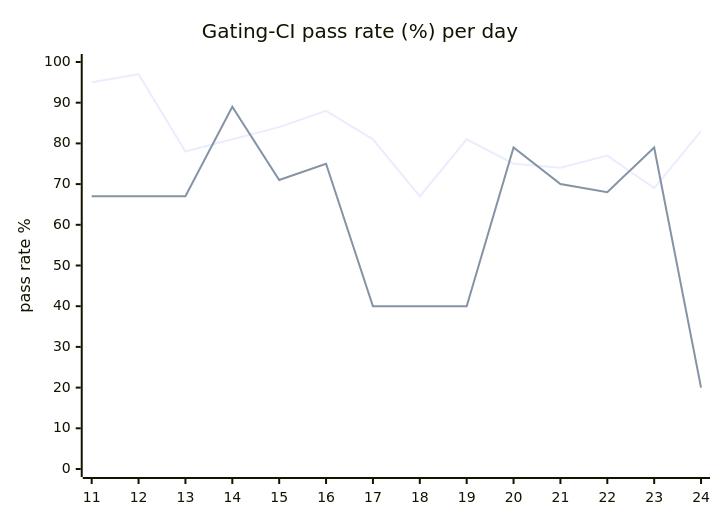
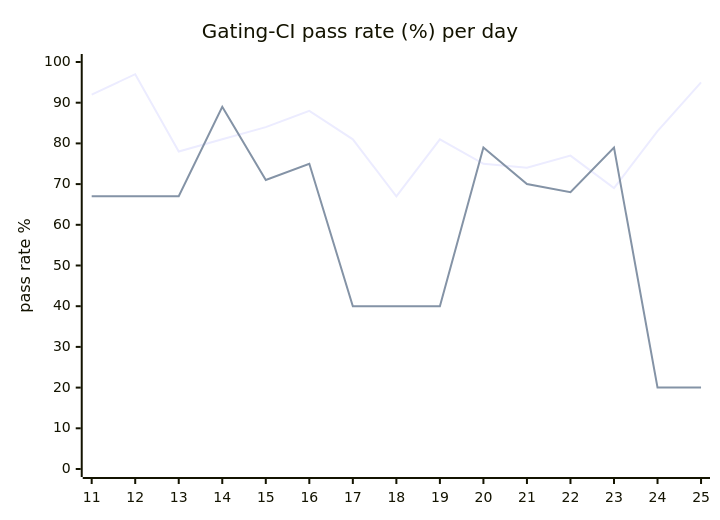
Before and after one commit to hatchet-dev/hatchet: the diagram in hack/ci/ci-dashboard/staging/issue.md, drawn with Mermaid. The commit also changed other lines of this file, not shown here.

````diff
--- a/hack/ci/ci-dashboard/staging/issue.md
+++ b/hack/ci/ci-dashboard/staging/issue.md
@@ -9,8 +9,8 @@
 ```mermaid
 xychart-beta
   title "Gating-CI pass rate (%) per day"
-  x-axis [11, 12, 13, 14, 15, 16, 17, 18, 19, 20, 21, 22, 23, 24]
+  x-axis [11, 12, 13, 14, 15, 16, 17, 18, 19, 20, 21, 22, 23, 24, 25]
   y-axis "pass rate %" 0 --> 100
-  line "CI" [95, 97, 78, 81, 84, 88, 81, 67, 81, 75, 74, 77, 69, 83]
-  line "main" [67, 67, 67, 89, 71, 75, 40, 40, 40, 79, 70, 68, 79, 20]
+  line "CI" [92, 97, 78, 81, 84, 88, 81, 67, 81, 75, 74, 77, 69, 83, 95]
+  line "main" [67, 67, 67, 89, 71, 75, 40, 40, 40, 79, 70, 68, 79, 20, 20]
 ```
````
